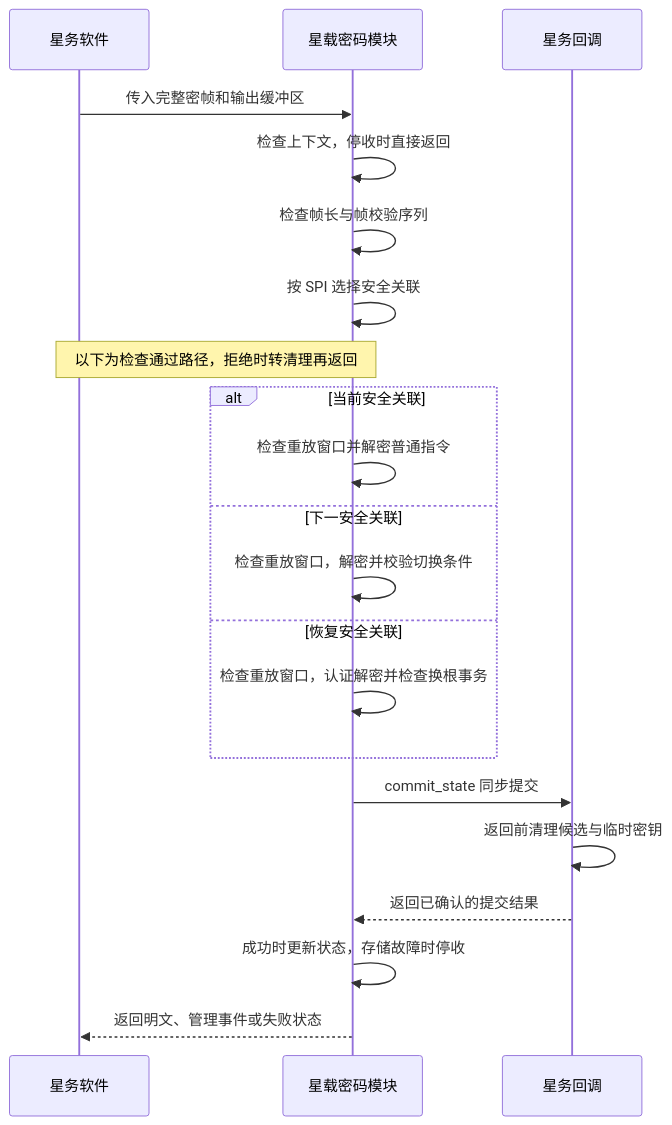
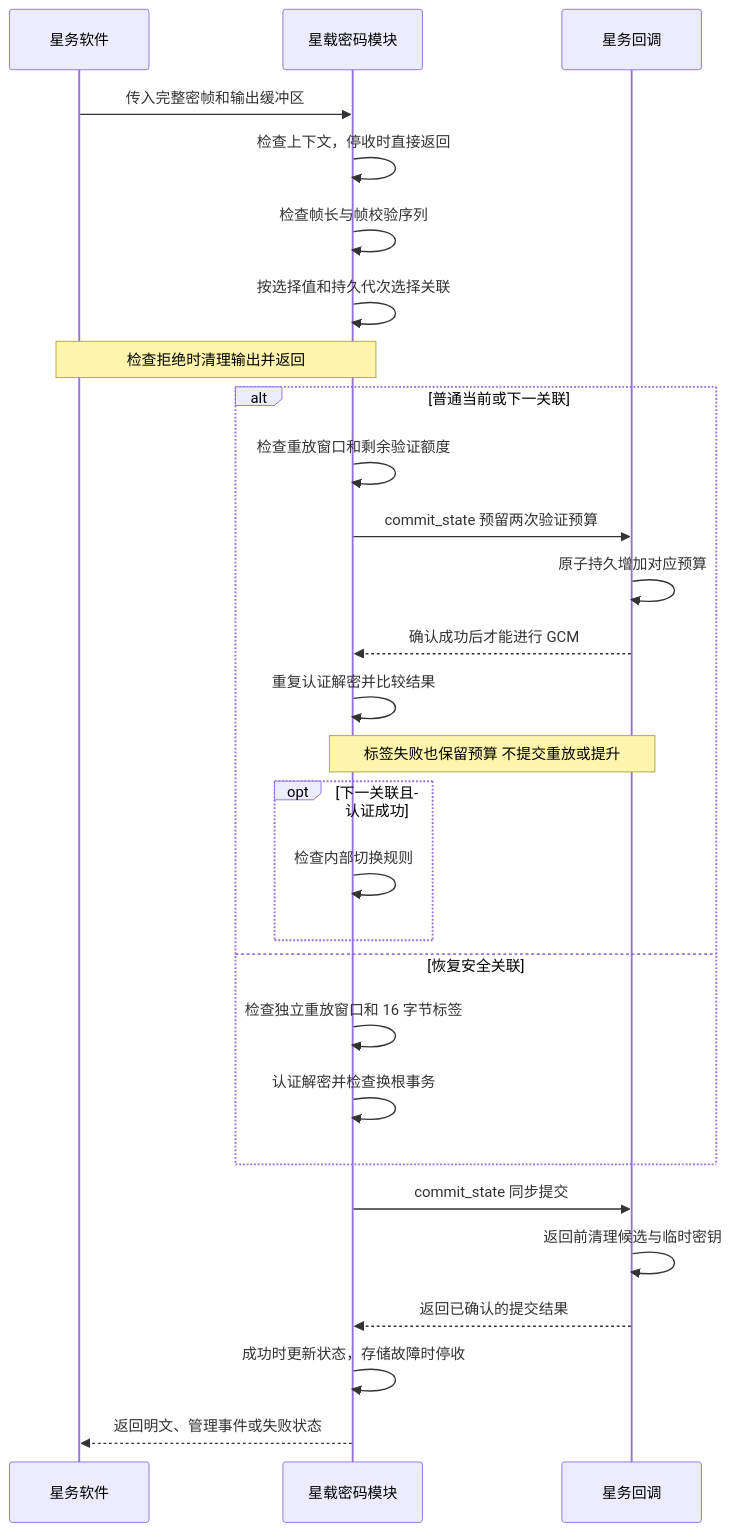
The fourth of 11 diagrams in docs/FLIGHT_INTERFACE_MANUAL.md (HangzeGao/key-vault), drawn with Mermaid before and after one commit. The commit also changed other lines of this file and 92 other files, not shown here.

````diff
--- a/docs/FLIGHT_INTERFACE_MANUAL.md
+++ b/docs/FLIGHT_INTERFACE_MANUAL.md
@@ -648,23 +674,30 @@
 ```mermaid
 sequenceDiagram
     participant S as 星务软件
     participant C as 星载密码模块
     participant P as 星务回调
     S->>C: 传入完整密帧和输出缓冲区
     C->>C: 检查上下文，停收时直接返回
     C->>C: 检查帧长与帧校验序列
-    C->>C: 按 SPI 选择安全关联
-    Note over S,C: 以下为检查通过路径，拒绝时转清理再返回
-    alt 当前安全关联
-        C->>C: 检查重放窗口并解密普通指令
-    else 下一安全关联
-        C->>C: 检查重放窗口，解密并校验切换条件
+    C->>C: 按选择值和持久代次选择关联
+    Note over S,C: 检查拒绝时清理输出并返回
+    alt 普通当前或下一关联
+        C->>C: 检查重放窗口和剩余验证额度
+        C->>P: commit_state 预留两次验证预算
+        P->>P: 原子持久增加对应预算
+        P-->>C: 确认成功后才能进行 GCM
+        C->>C: 重复认证解密并比较结果
+        Note over C,P: 标签失败也保留预算 不提交重放或提升
+        opt 下一关联且认证成功
+            C->>C: 检查内部切换规则
+        end
     else 恢复安全关联
-        C->>C: 检查重放窗口，认证解密并检查换根事务
+        C->>C: 检查独立重放窗口和 16 字节标签
+        C->>C: 认证解密并检查换根事务
     end
     C->>P: commit_state 同步提交
     P->>P: 返回前清理候选与临时密钥
     P-->>C: 返回已确认的提交结果
     C->>C: 成功时更新状态，存储故障时停收
     C-->>S: 返回明文、管理事件或失败状态
 ```
````
